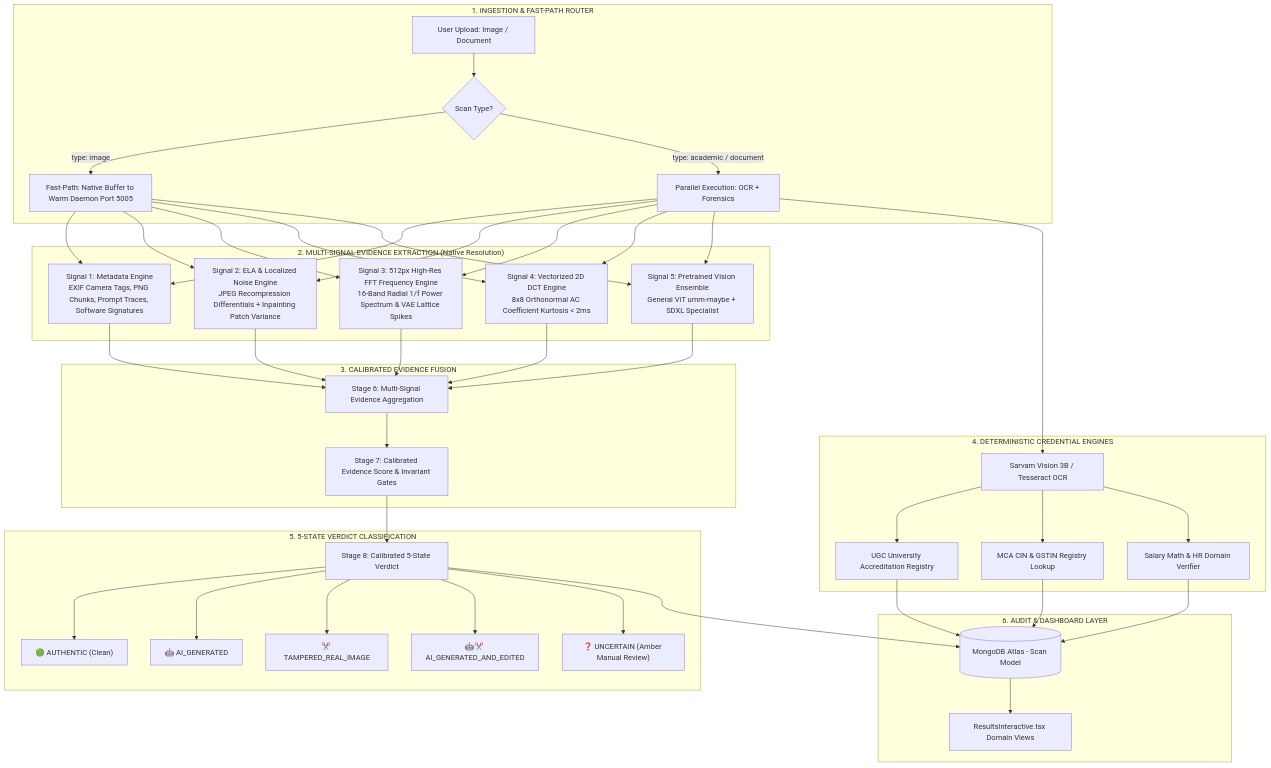
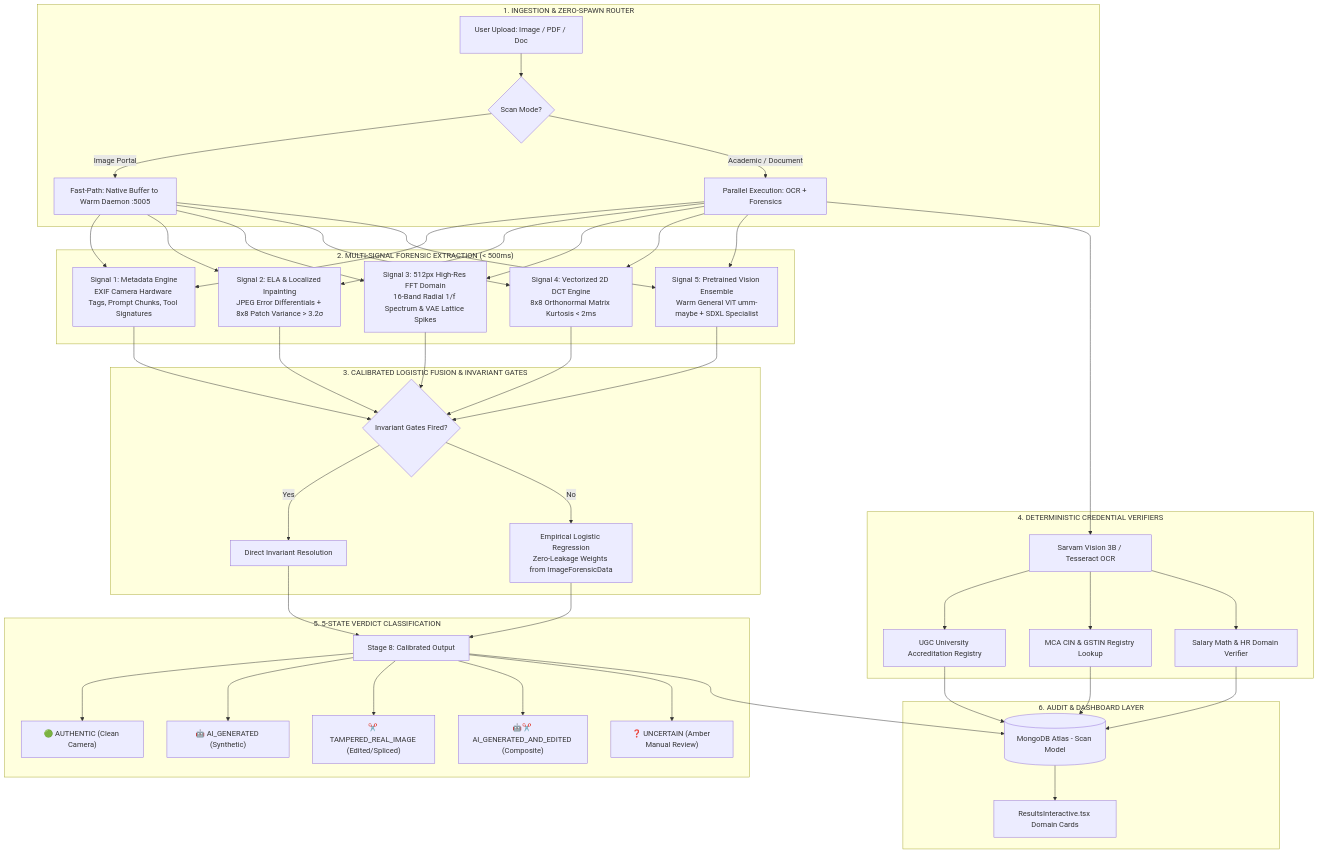
The diagram in ARCHITECTURE.md (Dubey411/TrustScan), drawn with Mermaid before and after one commit. The commit also changed other lines of this file, not shown here.

Commit message:
docs(architecture): update v4.4 specification with dual-benchmark methodology and zero-leakage validation

````diff
--- a/ARCHITECTURE.md
+++ b/ARCHITECTURE.md
@@ -11,42 +11,43 @@
 ```mermaid
 flowchart TD
-    subgraph Ingestion ["1. INGESTION & FAST-PATH ROUTER"]
-        UPLOAD[User Upload: Image / Document] --> ROUTER{Scan Type?}
-        ROUTER -->|type: image| FAST[Fast-Path: Native Buffer to Warm Daemon Port 5005]
-        ROUTER -->|type: academic / document| PARALLEL[Parallel Execution: OCR + Forensics]
+    subgraph Ingestion ["1. INGESTION & ZERO-SPAWN ROUTER"]
+        UPLOAD[User Upload: Image / PDF / Doc] --> ROUTER{Scan Mode?}
+        ROUTER -->|Image Portal| FAST[Fast-Path: Native Buffer to Warm Daemon :5005]
+        ROUTER -->|Academic / Document| PARALLEL[Parallel Execution: OCR + Forensics]
     end
 
-    subgraph Signals ["2. MULTI-SIGNAL EVIDENCE EXTRACTION (Native Resolution)"]
-        FAST & PARALLEL --> S1[Signal 1: Metadata Engine<br/>EXIF Camera Tags, PNG Chunks, Prompt Traces, Software Signatures]
-        FAST & PARALLEL --> S2[Signal 2: ELA & Localized Noise Engine<br/>JPEG Recompression Differentials + Inpainting Patch Variance]
-        FAST & PARALLEL --> S3[Signal 3: 512px High-Res FFT Frequency Engine<br/>16-Band Radial 1/f Power Spectrum & VAE Lattice Spikes]
-        FAST & PARALLEL --> S4[Signal 4: Vectorized 2D DCT Engine<br/>8x8 Orthonormal AC Coefficient Kurtosis < 2ms]
-        FAST & PARALLEL --> S5[Signal 5: Pretrained Vision Ensemble<br/>General ViT umm-maybe + SDXL Specialist]
+    subgraph Signals ["2. MULTI-SIGNAL FORENSIC EXTRACTION (< 500ms)"]
+        FAST & PARALLEL --> S1[Signal 1: Metadata Engine<br/>EXIF Camera Hardware Tags, Prompt Chunks, Tool Signatures]
+        FAST & PARALLEL --> S2[Signal 2: ELA & Localized Inpainting<br/>JPEG Error Differentials + 8x8 Patch Variance > 3.2σ]
+        FAST & PARALLEL --> S3[Signal 3: 512px High-Res FFT Domain<br/>16-Band Radial 1/f Spectrum & VAE Lattice Spikes]
+        FAST & PARALLEL --> S4[Signal 4: Vectorized 2D DCT Engine<br/>8x8 Orthonormal Matrix Kurtosis < 2ms]
+        FAST & PARALLEL --> S5[Signal 5: Pretrained Vision Ensemble<br/>Warm General ViT umm-maybe + SDXL Specialist]
     end
 
-    subgraph Fusion ["3. CALIBRATED EVIDENCE FUSION"]
-        S1 & S2 & S3 & S4 & S5 --> FUS[Stage 6: Multi-Signal Evidence Aggregation]
-        FUS --> CAL[Stage 7: Calibrated Evidence Score & Invariant Gates]
+    subgraph Fusion ["3. CALIBRATED LOGISTIC FUSION & INVARIANT GATES"]
+        S1 & S2 & S3 & S4 & S5 --> GATES{Invariant Gates Fired?}
+        GATES -->|Yes| INVAR[Direct Invariant Resolution]
+        GATES -->|No| LOGIT[Empirical Logistic Regression<br/>Zero-Leakage Weights from ImageForensicData]
     end
 
-    subgraph Doc_Engine ["4. DETERMINISTIC CREDENTIAL ENGINES"]
+    subgraph Doc_Engine ["4. DETERMINISTIC CREDENTIAL VERIFIERS"]
         PARALLEL --> OCR[Sarvam Vision 3B / Tesseract OCR]
         OCR --> UGC[UGC University Accreditation Registry]
         OCR --> MCA[MCA CIN & GSTIN Registry Lookup]
         OCR --> CTC[Salary Math & HR Domain Verifier]
     end
 
     subgraph Verdict ["5. 5-STATE VERDICT CLASSIFICATION"]
-        CAL --> V_OUT[Stage 8: Calibrated 5-State Verdict]
-        V_OUT --> V_REAL["🟢 AUTHENTIC (Clean)"]
-        V_OUT --> V_AI["🤖 AI_GENERATED"]
-        V_OUT --> V_TAMP["✂️ TAMPERED_REAL_IMAGE"]
-        V_OUT --> V_AI_TAMP["🤖✂️ AI_GENERATED_AND_EDITED"]
+        INVAR & LOGIT --> V_OUT[Stage 8: Calibrated Output]
+        V_OUT --> V_REAL["🟢 AUTHENTIC (Clean Camera)"]
+        V_OUT --> V_AI["🤖 AI_GENERATED (Synthetic)"]
+        V_OUT --> V_TAMP["✂️ TAMPERED_REAL_IMAGE (Edited/Spliced)"]
+        V_OUT --> V_AI_TAMP["🤖✂️ AI_GENERATED_AND_EDITED (Composite)"]
         V_OUT --> V_UNC["❓ UNCERTAIN (Amber Manual Review)"]
     end
 
-    subgraph Output ["6. AUDIT & DASHBOARD LAYER"]
+    subgraph Storage ["6. AUDIT & DASHBOARD LAYER"]
         V_OUT & UGC & MCA & CTC --> MONGO[(MongoDB Atlas - Scan Model)]
-        MONGO --> DASH[ResultsInteractive.tsx Domain Views]
+        MONGO --> DASH[ResultsInteractive.tsx Domain Cards]
     end
 ```
````
